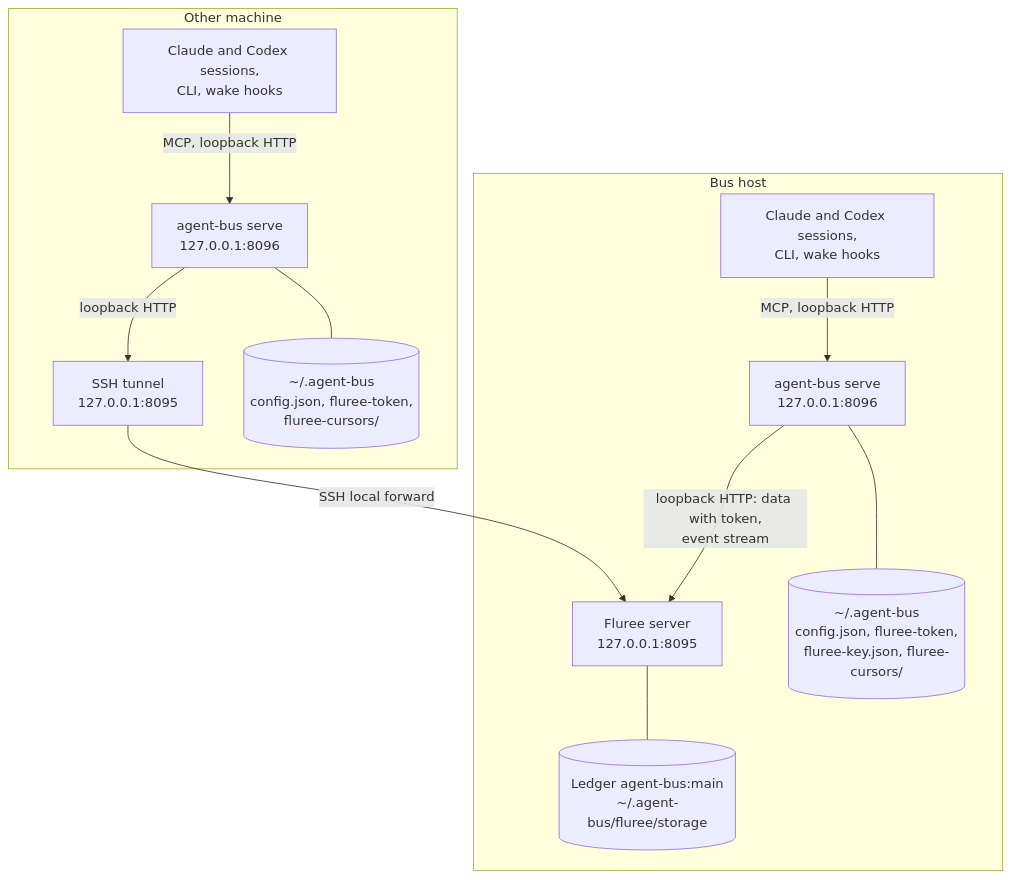
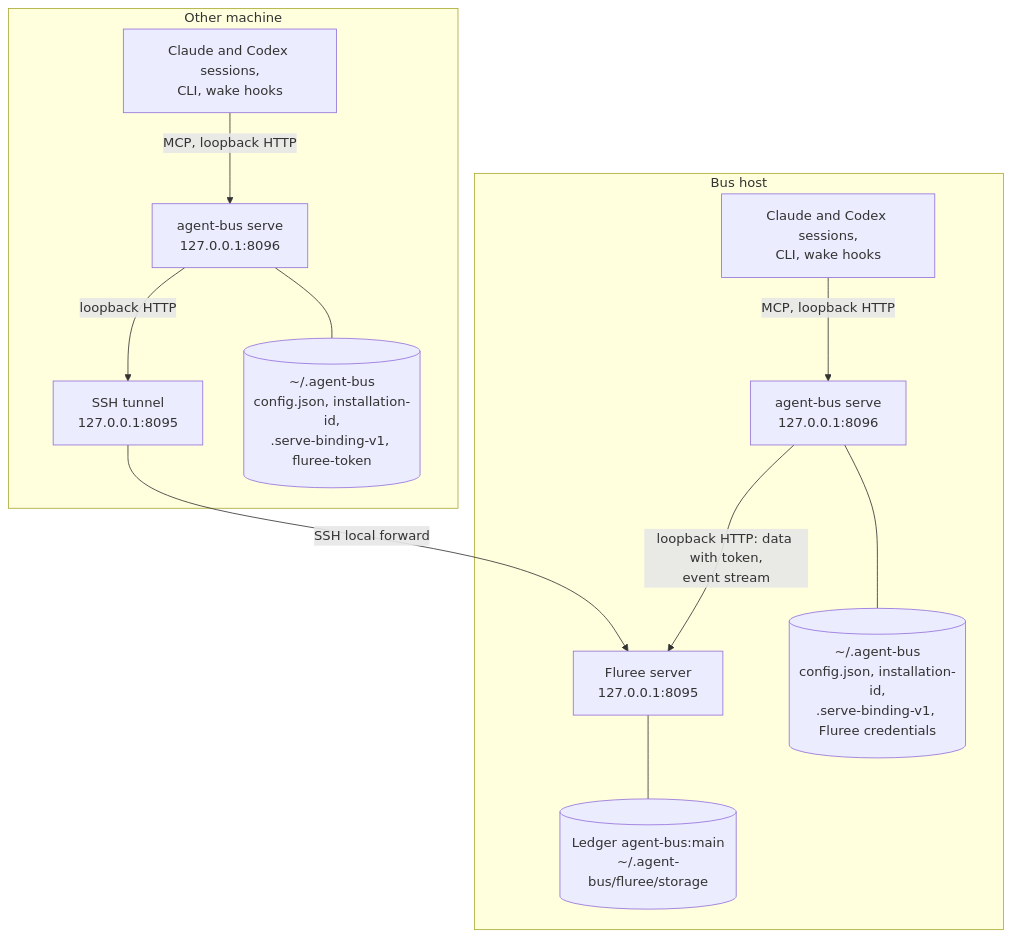
One commit to rawr-ai/agent-bus changed the first of 3 diagrams in docs/architecture/topology.md. Above: the diagram before and after it, drawn with Mermaid. The commit also changed other lines of this file and 70 other files, not shown here.

````diff
--- a/docs/architecture/topology.md
+++ b/docs/architecture/topology.md
@@ -15,24 +15,24 @@
 ```mermaid
 flowchart TB
   subgraph host["Bus host"]
     fluree["Fluree server<br/>127.0.0.1:8095"]
     ledger[("Ledger agent-bus:main<br/>~/.agent-bus/fluree/storage")]
     serveA["agent-bus serve<br/>127.0.0.1:8096"]
-    stateA[("~/.agent-bus<br/>config.json, fluree-token,<br/>fluree-key.json, fluree-cursors/")]
+    stateA[("~/.agent-bus<br/>config.json, installation-id,<br/>.serve-binding-v1, Fluree credentials")]
     clientsA["Claude and Codex sessions,<br/>CLI, wake hooks"]
   end
   subgraph other["Other machine"]
     tunnel["SSH tunnel<br/>127.0.0.1:8095"]
     serveB["agent-bus serve<br/>127.0.0.1:8096"]
-    stateB[("~/.agent-bus<br/>config.json, fluree-token,<br/>fluree-cursors/")]
+    stateB[("~/.agent-bus<br/>config.json, installation-id,<br/>.serve-binding-v1, fluree-token")]
     clientsB["Claude and Codex sessions,<br/>CLI, wake hooks"]
   end
   clientsA -- "MCP, loopback HTTP" --> serveA
   clientsB -- "MCP, loopback HTTP" --> serveB
   serveA -- "loopback HTTP: data with token,<br/>event stream" --> fluree
   serveB -- "loopback HTTP" --> tunnel
   tunnel -- "SSH local forward" --> fluree
   fluree --- ledger
   serveA --- stateA
   serveB --- stateB
 ```
````
